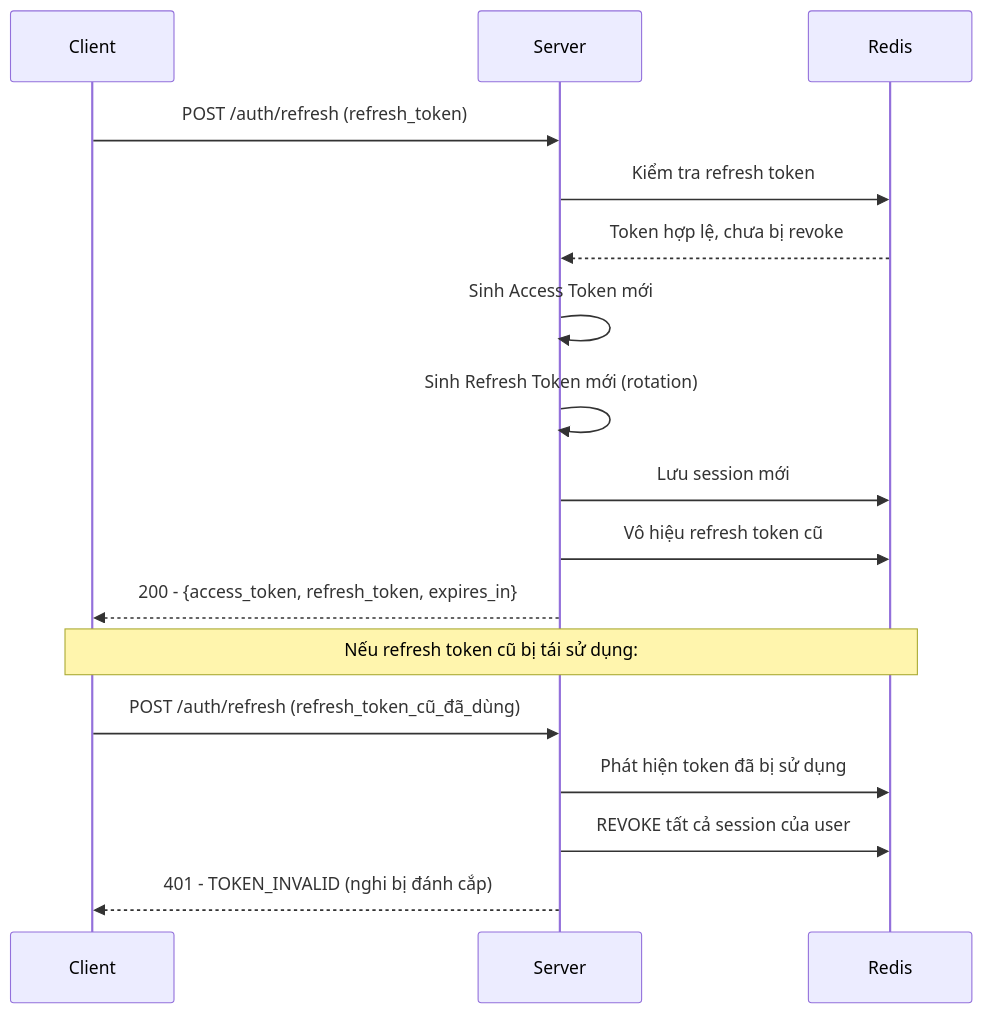
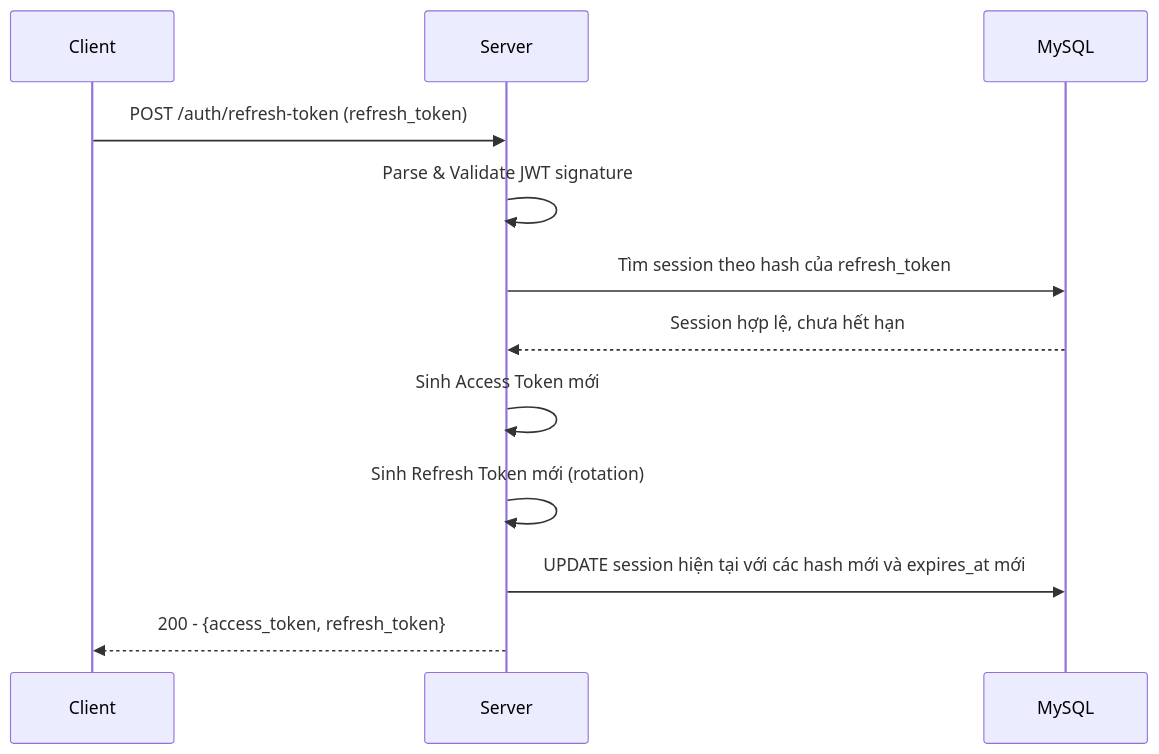
One commit to Quocdev03/user_access_management changed the third of 7 diagrams in docs/06-authentication-flow.md. Above: the diagram before and after it, drawn with Mermaid. The commit also changed other lines of this file and 47 other files, not shown here.

Commit message:
chore: setup database schema, authentication core, and documentation updates

````diff
--- a/docs/06-authentication-flow.md
+++ b/docs/06-authentication-flow.md
@@ -130,23 +130,16 @@
 ```mermaid
 sequenceDiagram
     participant U as Client
     participant S as Server
-    participant R as Redis
+    participant DB as MySQL
 
-    U->>S: POST /auth/refresh (refresh_token)
-    S->>R: Kiểm tra refresh token
-    R-->>S: Token hợp lệ, chưa bị revoke
+    U->>S: POST /auth/refresh-token (refresh_token)
+    S->>S: Parse & Validate JWT signature
+    S->>DB: Tìm session theo hash của refresh_token
+    DB-->>S: Session hợp lệ, chưa hết hạn
 
     S->>S: Sinh Access Token mới
     S->>S: Sinh Refresh Token mới (rotation)
-    S->>R: Lưu session mới
-    S->>R: Vô hiệu refresh token cũ
-    S-->>U: 200 - {access_token, refresh_token, expires_in}
-
-    Note over U,R: Nếu refresh token cũ bị tái sử dụng:
-
-    U->>S: POST /auth/refresh (refresh_token_cũ_đã_dùng)
-    S->>R: Phát hiện token đã bị sử dụng
-    S->>R: REVOKE tất cả session của user
-    S-->>U: 401 - TOKEN_INVALID (nghi bị đánh cắp)
+    S->>DB: UPDATE session hiện tại với các hash mới và expires_at mới
+    S-->>U: 200 - {access_token, refresh_token}
 ```
````
